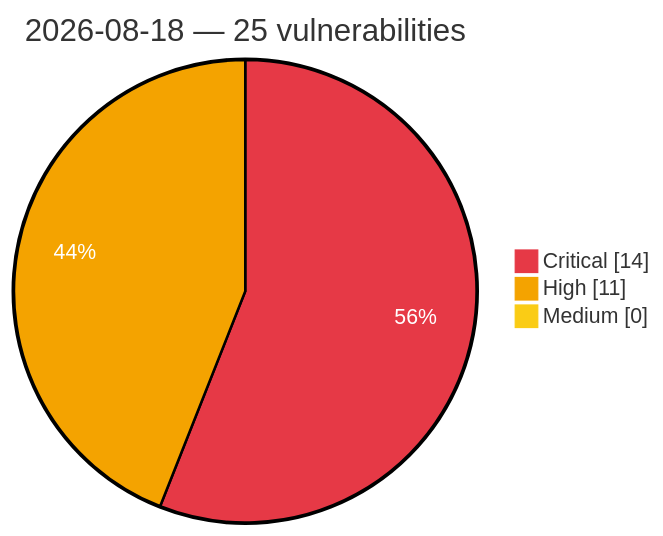
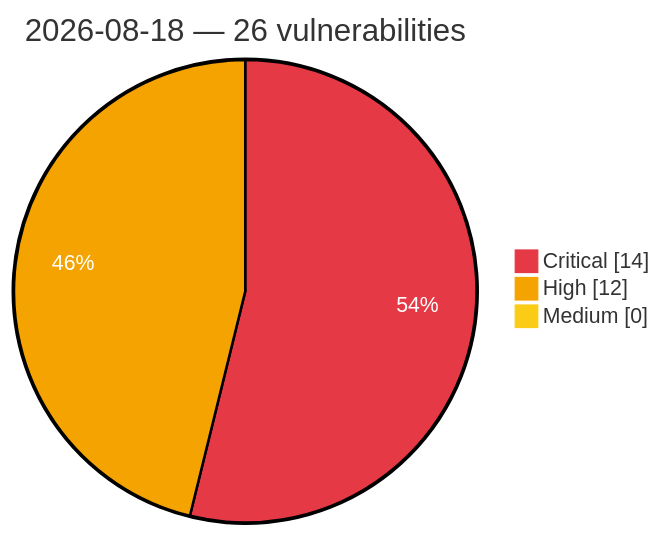
The diagram in vulnerabilities/2026/August/2026-08-18.md (GhostX0X/vuln-tracker), drawn with Mermaid before and after one commit. The commit also changed other lines of this file and 5 other files, not shown here.

````diff
--- a/vulnerabilities/2026/August/2026-08-18.md
+++ b/vulnerabilities/2026/August/2026-08-18.md
@@ -3,8 +3,8 @@
 ```mermaid
 %%{init: {'theme':'base', 'themeVariables': {'pie1':'#e63946', 'pie2':'#f4a300', 'pie3':'#facc15', 'pieOpacity':'1', 'pieOuterStrokeWidth':'2px', 'pieSectionTextColor':'#ffffff'}}}%%
 pie showData
-    title 2026-08-18 — 25 vulnerabilities
+    title 2026-08-18 — 26 vulnerabilities
     "Critical" : 14
-    "High" : 11
+    "High" : 12
     "Medium" : 0
 ```
````
